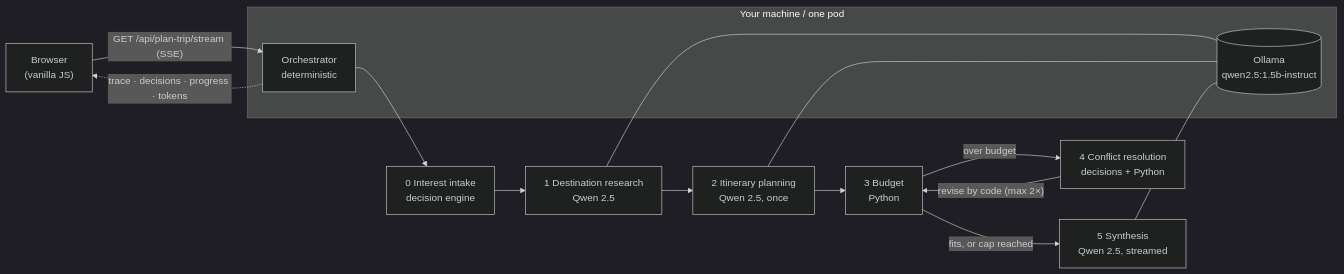
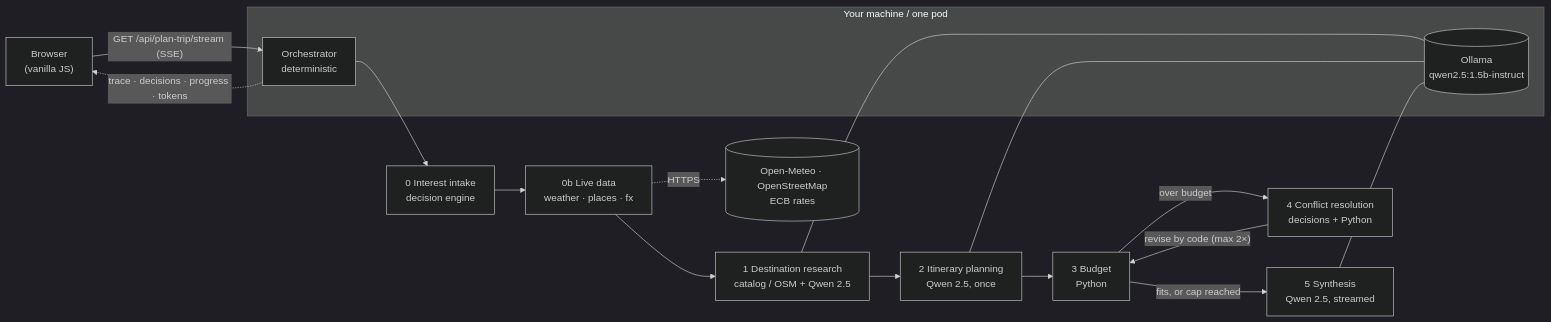
One commit to alulema/trip-planner changed the diagram in README.md. Above: the diagram before and after it, drawn with Mermaid (dark theme). The commit also changed other lines of this file and 3 other files, not shown here.

First line of the commit message:
Document live data: README, About panel, hand-off egress, Devlog

````diff
--- a/README.md
+++ b/README.md
@@ -50,17 +73,19 @@
 ```mermaid
 flowchart LR
   U["Browser<br/>(vanilla JS)"] -->|"GET /api/plan-trip/stream (SSE)"| O["Orchestrator<br/>deterministic"]
   O --> K["0 Interest intake<br/>decision engine"]
-  K --> R["1 Destination research<br/>Qwen 2.5"]
+  K --> D["0b Live data<br/>weather · places · fx"]
+  D --> R["1 Destination research<br/>catalog / OSM + Qwen 2.5"]
   R --> I["2 Itinerary planning<br/>Qwen 2.5, once"]
   I --> B["3 Budget<br/>Python"]
   B -->|over budget| C["4 Conflict resolution<br/>decisions + Python"]
   C -->|"revise by code (max 2×)"| B
   B -->|fits, or cap reached| S["5 Synthesis<br/>Qwen 2.5, streamed"]
   O -.->|"trace · decisions · progress · tokens"| U
   subgraph local["Your machine / one pod"]
     O
     L[("Ollama<br/>qwen2.5:1.5b-instruct")]
   end
   R & I & S --- L
+  D -.->|HTTPS| X[("Open-Meteo · OpenStreetMap<br/>ECB rates")]
 ```
````
